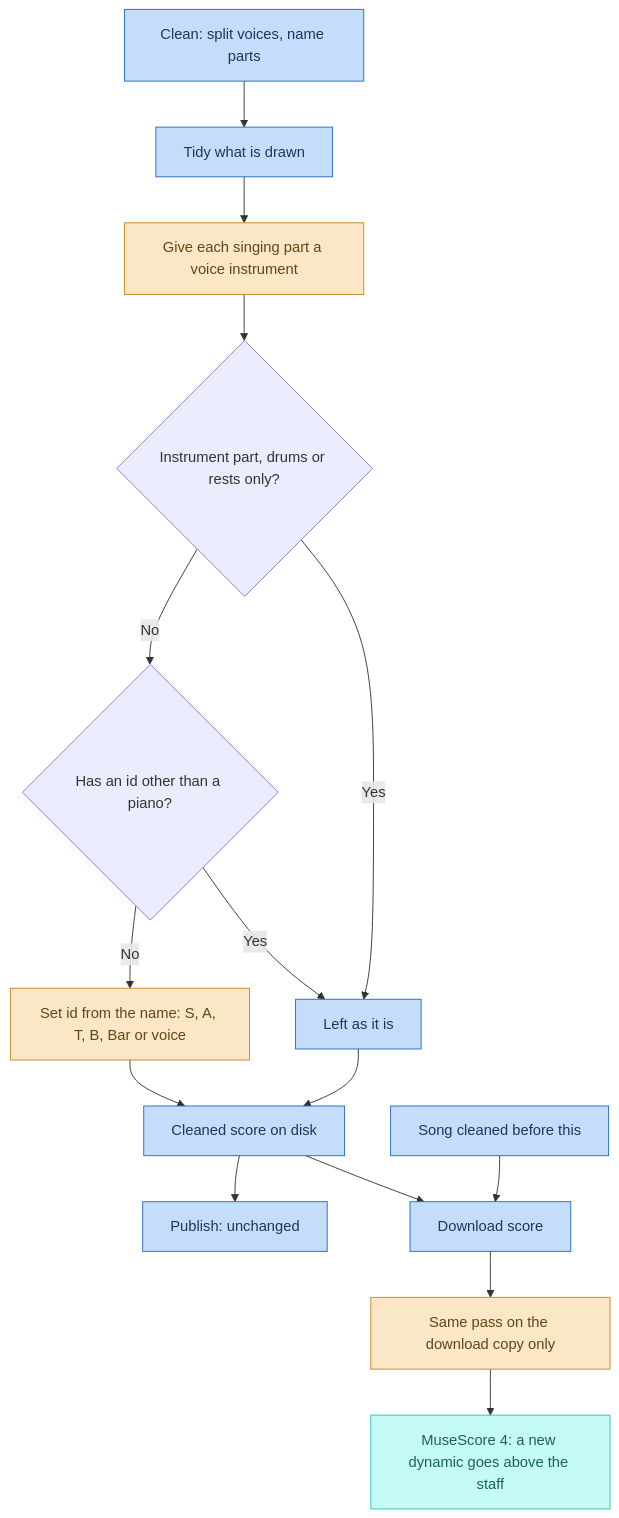
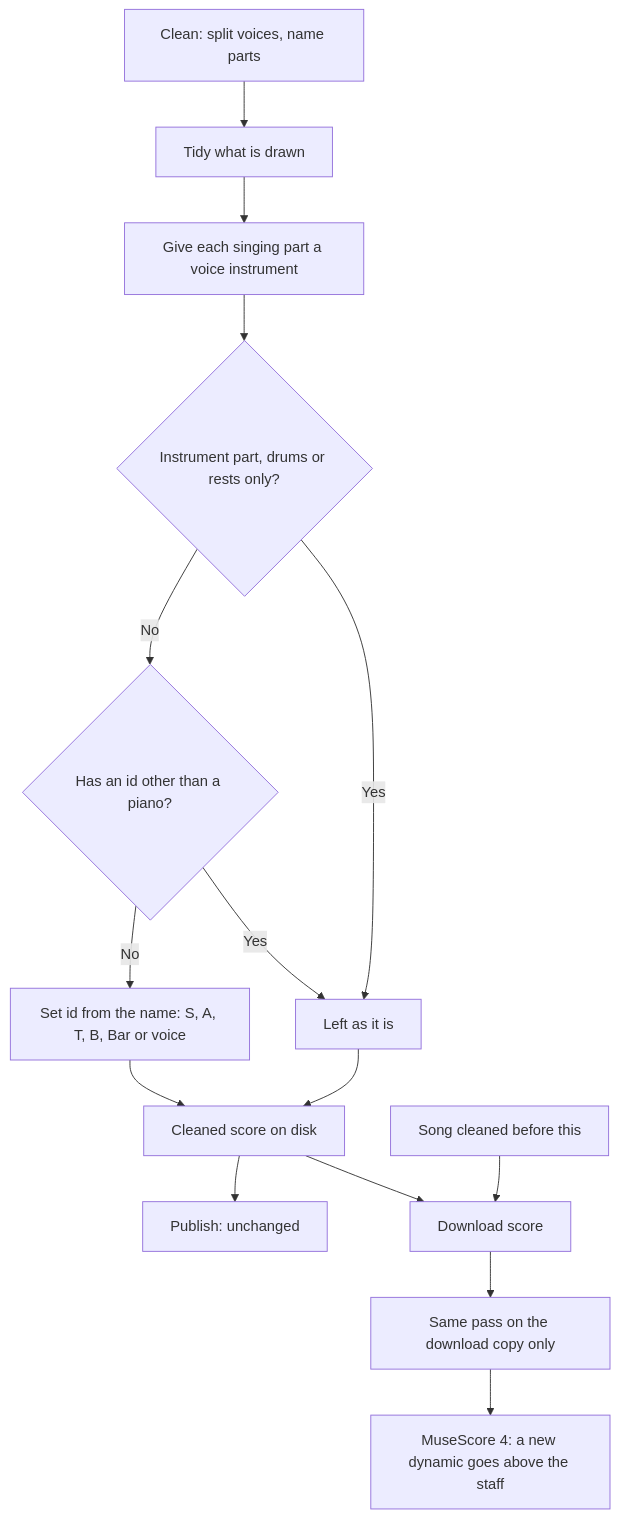
One commit to eerovil/musescore-choir-plugins changed the diagram in docs/diagrams/voice-instruments.md. Above: the diagram before and after it, drawn with Mermaid. The commit also changed 2 other files, not shown here.

Commit message:
Diagram: the colours are defined in the issue's diagram comment only (#497)

````diff
--- a/docs/diagrams/voice-instruments.md
+++ b/docs/diagrams/voice-instruments.md
@@ -6,24 +6,21 @@
 ```mermaid
 flowchart TD
     clean[Clean: split voices, name parts] --> tidy[Tidy what is drawn]
     tidy --> inst[Give each singing part a voice instrument]
     inst --> skip{Instrument part, drums or rests only?}
     skip -- Yes --> keep[Left as it is]
     skip -- No --> has{Has an id other than a piano?}
     has -- Yes --> keep
     has -- No --> set[Set id from the name: S, A, T, B, Bar or voice]
     set --> stored[Cleaned score on disk]
     keep --> stored
     old[Song cleaned before this] --> dl[Download score]
     stored --> dl
     dl --> copy[Same pass on the download copy only]
     copy --> ms4[MuseScore 4: a new dynamic goes above the staff]
     stored --> pub[Publish: unchanged]
 
     class inst,set,copy amber
     class ms4 teal
     class clean,tidy,stored,dl,pub,keep,old blue
-    classDef blue fill:#c5ddfb,stroke:#236ac7,color:#183862
-    classDef teal fill:#c5fbf6,stroke:#23c7b7,color:#18625b
-    classDef amber fill:#fbe6c5,stroke:#c78623,color:#624518
 ```
````
